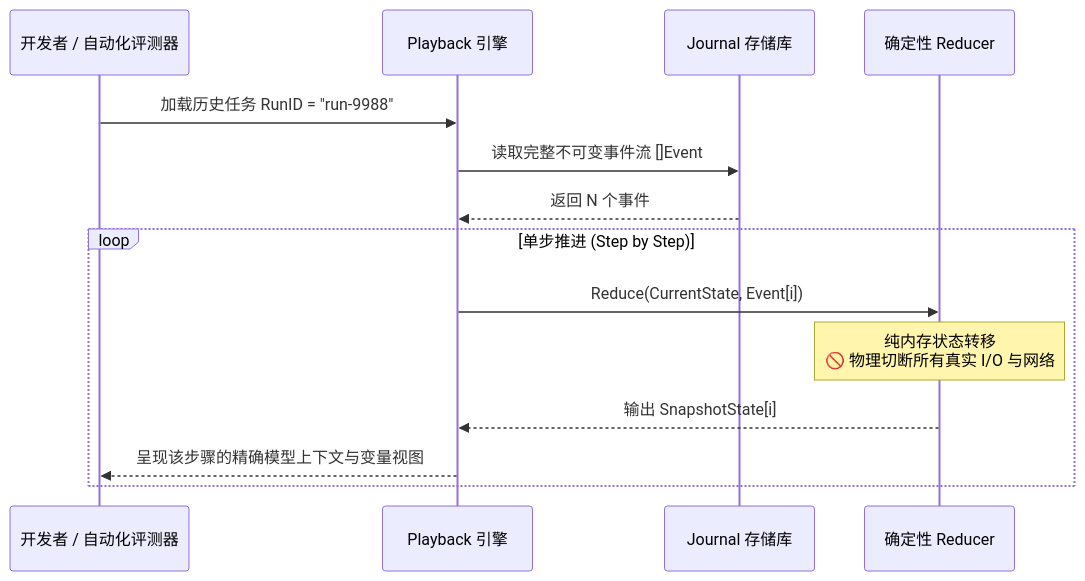
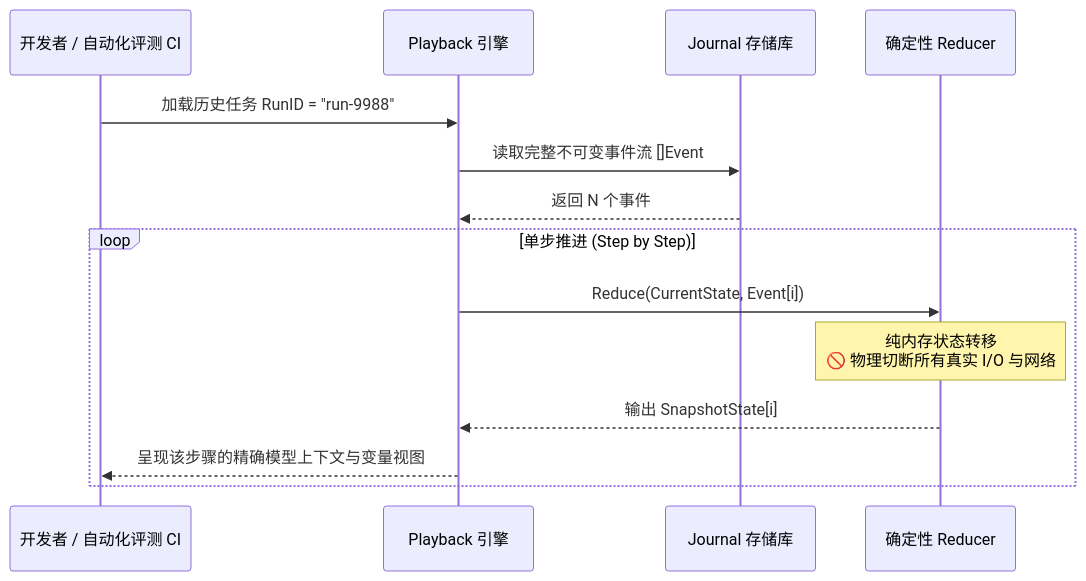
Before and after one commit to MoreConsequence/MoreConsequence.github.io: the second of 2 diagrams in content/posts/oract-04-journal-projection-and-playback.md, drawn with Mermaid. The commit also changed other lines of this file and 11 other files, not shown here.

````diff
--- a/content/posts/oract-04-journal-projection-and-playback.md
+++ b/content/posts/oract-04-journal-projection-and-playback.md
@@ -48,17 +48,17 @@
 ```mermaid
 sequenceDiagram
-    participant Dev as 开发者 / 自动化评测器
+    participant Dev as 开发者 / 自动化评测 CI
     participant PB as Playback 引擎
     participant Store as Journal 存储库
     participant Reducer as 确定性 Reducer
 
     Dev->>PB: 加载历史任务 RunID = "run-9988"
     PB->>Store: 读取完整不可变事件流 []Event
     Store-->>PB: 返回 N 个事件
     loop 单步推进 (Step by Step)
         PB->>Reducer: Reduce(CurrentState, Event[i])
         Note over Reducer: 纯内存状态转移<br/>🚫 物理切断所有真实 I/O 与网络
         Reducer-->>PB: 输出 SnapshotState[i]
         PB-->>Dev: 呈现该步骤的精确模型上下文与变量视图
     end
 ```
````
